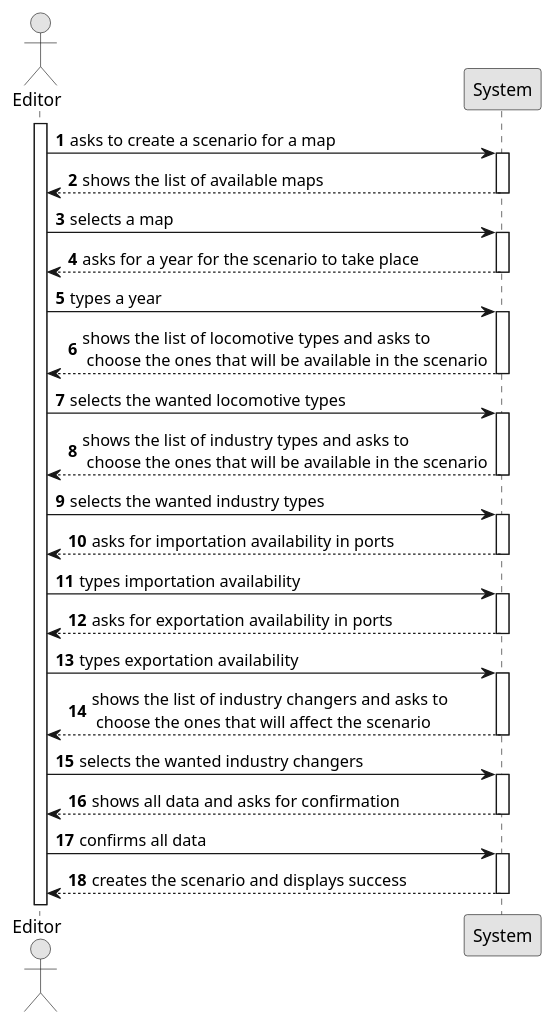
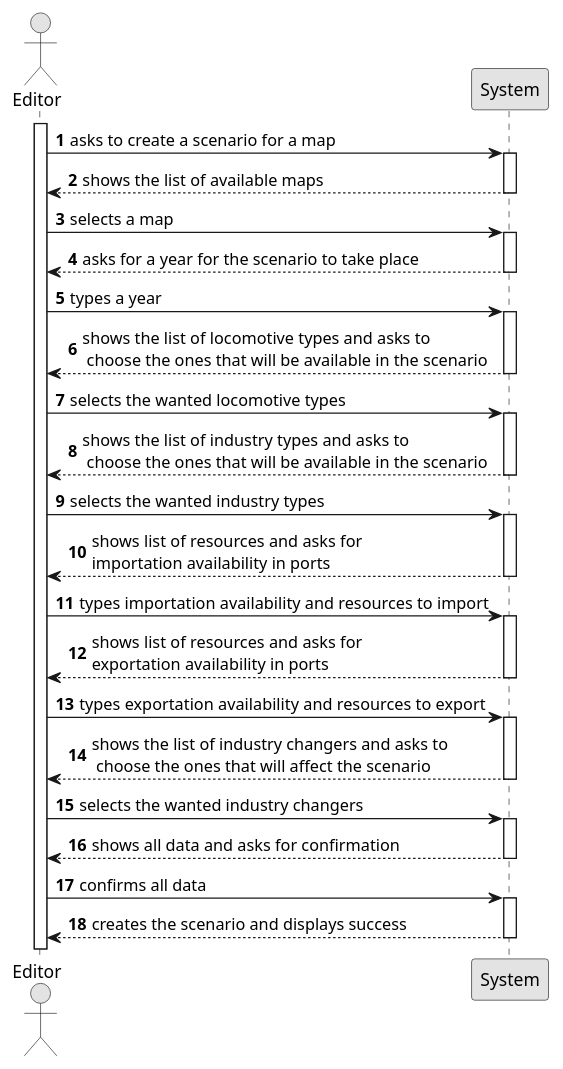
One commit to 1240935/pi2-railway-simulator changed the diagram in Sprint2/US004/01.requirements-engineering/puml/US004-SSD.puml. Above: the diagram before and after it, drawn with PlantUML. The commit also changed 14 other files, not shown here.

```diff
--- a/Sprint2/US004/01.requirements-engineering/puml/US004-SSD.puml
+++ b/Sprint2/US004/01.requirements-engineering/puml/US004-SSD.puml
@@ -1,66 +1,66 @@
 @startuml
 skinparam monochrome true
 skinparam packageStyle rectangle
 skinparam shadowing false
 
 autonumber
 
 actor "Editor" as Employee
 participant "System" as System
 
 activate Employee
 
     Employee -> System : asks to create a scenario for a map
     activate System
 
         System --> Employee : shows the list of available maps
     deactivate System
 
     Employee -> System : selects a map
     activate System
 
     System --> Employee : asks for a year for the scenario to take place
     deactivate System
 
     Employee -> System : types a year
     activate System
 
     System --> Employee : shows the list of locomotive types and asks to \n choose the ones that will be available in the scenario
     deactivate System
 
     Employee -> System : selects the wanted locomotive types
     activate System
 
     System --> Employee : shows the list of industry types and asks to \n choose the ones that will be available in the scenario
     deactivate System
 
     Employee -> System : selects the wanted industry types
     activate System
 
-    System --> Employee : asks for importation availability in ports
+    System --> Employee : shows list of resources and asks for \nimportation availability in ports
     deactivate System
 
-    Employee -> System :  types importation availability
+    Employee -> System :  types importation availability and resources to import
     activate System
 
-    System --> Employee : asks for exportation availability in ports
+    System --> Employee : shows list of resources and asks for \nexportation availability in ports
         deactivate System
 
-        Employee -> System : types exportation availability
+        Employee -> System : types exportation availability and resources to export
         activate System
 
     System --> Employee : shows the list of industry changers and asks to \n choose the ones that will affect the scenario
     deactivate System
 
     Employee -> System : selects the wanted industry changers
     activate System
 
     System --> Employee : shows all data and asks for confirmation
     deactivate System
 
     Employee -> System : confirms all data
     activate System
 
     System --> Employee : creates the scenario and displays success
     deactivate System
 @enduml
```
